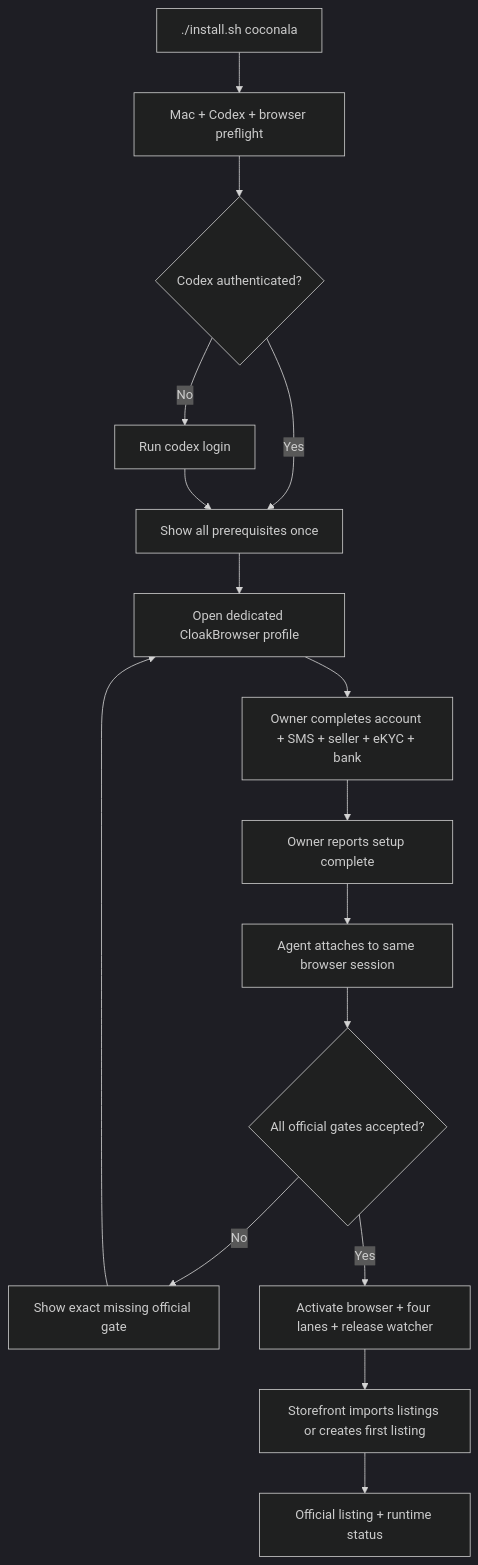
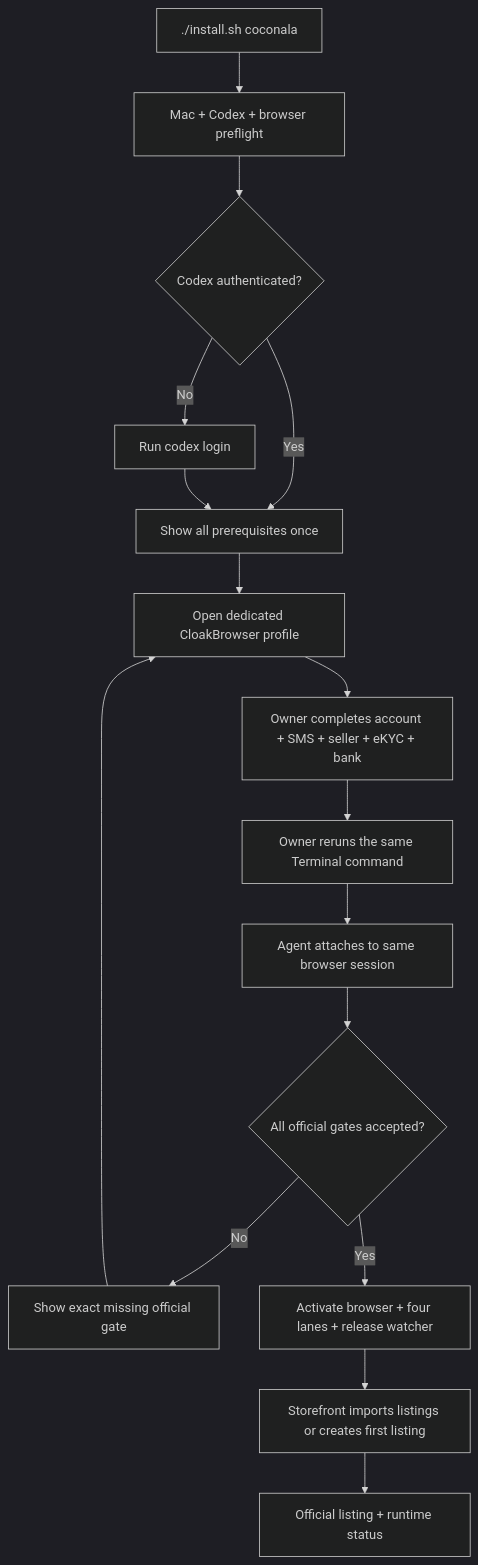
Before and after one commit to Daisuke134/anicca: the diagram in docs/superpowers/specs/2026-08-24-coconala-one-session-onboarding-design.md, drawn with Mermaid (dark theme). The commit also changed other lines of this file and 3 other files, not shown here.

````diff
--- a/docs/superpowers/specs/2026-08-24-coconala-one-session-onboarding-design.md
+++ b/docs/superpowers/specs/2026-08-24-coconala-one-session-onboarding-design.md
@@ -64,18 +77,18 @@
 ```mermaid
 flowchart TD
     CMD["./install.sh coconala"] --> PREFLIGHT["Mac + Codex + browser preflight"]
     PREFLIGHT --> CODEX{"Codex authenticated?"}
     CODEX -->|No| LOGIN["Run codex login"]
     CODEX -->|Yes| GUIDE["Show all prerequisites once"]
     LOGIN --> GUIDE
     GUIDE --> OFFICIAL["Open dedicated CloakBrowser profile"]
     OFFICIAL --> HUMAN["Owner completes account + SMS + seller + eKYC + bank"]
-    HUMAN --> DONE["Owner reports setup complete"]
+    HUMAN --> DONE["Owner reruns the same Terminal command"]
     DONE --> VERIFY["Agent attaches to same browser session"]
     VERIFY --> APPROVED{"All official gates accepted?"}
     APPROVED -->|No| CORRECT["Show exact missing official gate"]
     CORRECT --> OFFICIAL
     APPROVED -->|Yes| ACTIVATE["Activate browser + four lanes + release watcher"]
     ACTIVATE --> STOREFRONT["Storefront imports listings or creates first listing"]
     STOREFRONT --> RECEIPT["Official listing + runtime status"]
 ```
````
